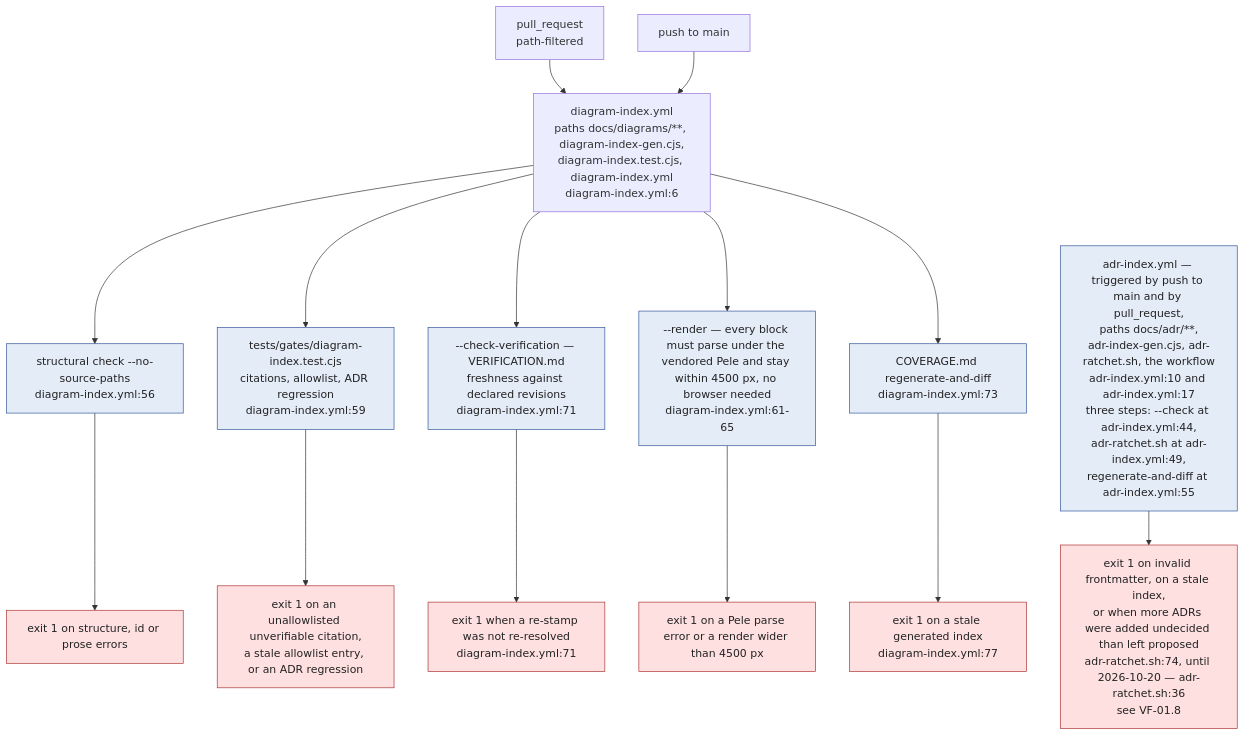
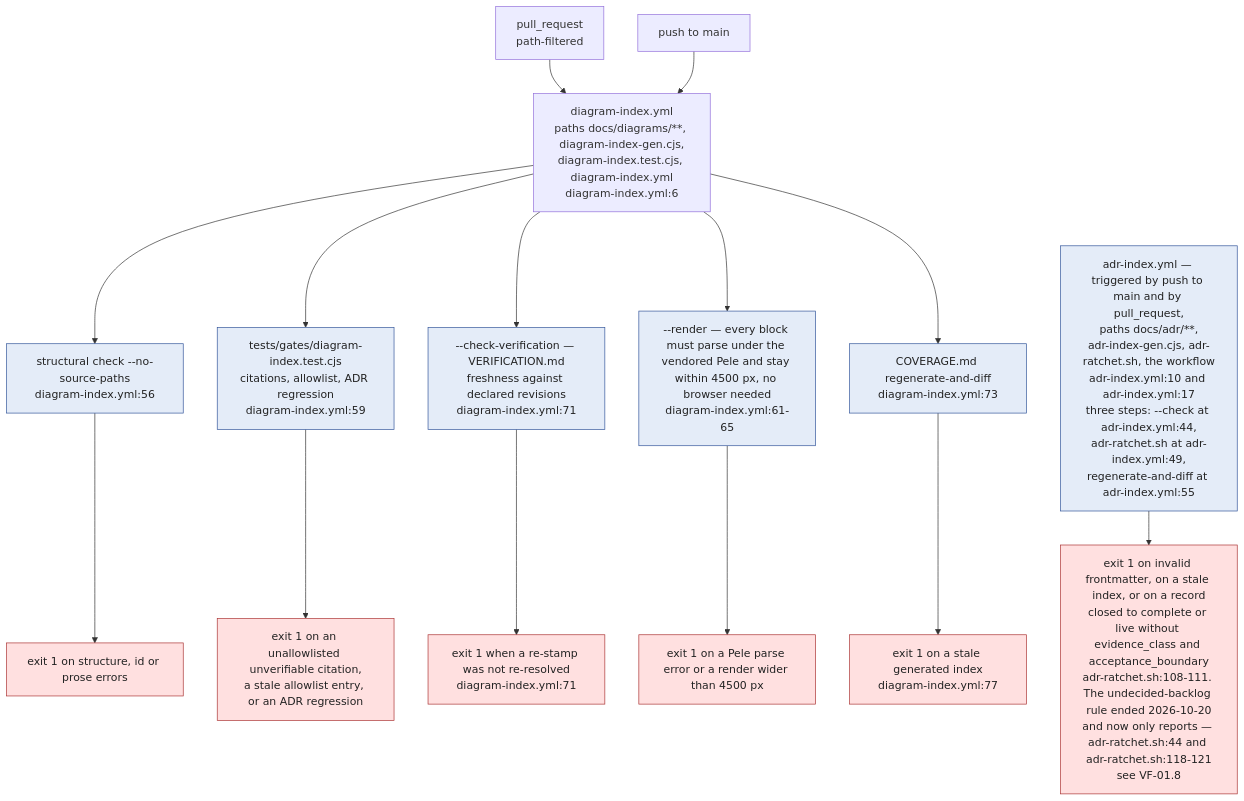
One commit to DreamLab-AI/VisionFlow changed diagram 13 of 13 in docs/diagrams/visionflow/05-governance-gates.md. Above: the diagram before and after it, drawn with Mermaid. The commit also changed other lines of this file and 91 other files, not shown here.

````diff
--- a/docs/diagrams/visionflow/05-governance-gates.md
+++ b/docs/diagrams/visionflow/05-governance-gates.md
@@ -569,24 +582,24 @@
 ```mermaid
 flowchart TB
     classDef block fill:#ffe0e0,stroke:#aa3333,color:#222
     classDef tool fill:#e4ecf8,stroke:#33559a,color:#222
 
     PR["pull_request<br/>path-filtered"]
     PUSHMAIN["push to main"]
     PR --> WDIAG["diagram-index.yml<br/>paths docs/diagrams/**, diagram-index-gen.cjs,<br/>diagram-index.test.cjs, diagram-index.yml<br/>diagram-index.yml:6"]
     PUSHMAIN --> WDIAG
     WDIAG --> SDIAG1["structural check --no-source-paths<br/>diagram-index.yml:56"]:::tool
     WDIAG --> SDIAG2["tests/gates/diagram-index.test.cjs<br/>citations, allowlist, ADR regression<br/>diagram-index.yml:59"]:::tool
     WDIAG --> SDIAG3["--check-verification — VERIFICATION.md<br/>freshness against declared revisions<br/>diagram-index.yml:71"]:::tool
     WDIAG --> SDIAG5["--render — every block must parse under the vendored Pele and stay within 4500 px, no browser needed<br/>diagram-index.yml:61-65"]:::tool
     WDIAG --> SDIAG4["COVERAGE.md regenerate-and-diff<br/>diagram-index.yml:73"]:::tool
     SDIAG1 --> VDIAG1["exit 1 on structure, id or prose errors"]:::block
     SDIAG2 --> VDIAG2["exit 1 on an unallowlisted unverifiable citation,<br/>a stale allowlist entry, or an ADR regression"]:::block
     SDIAG3 --> VDIAG3["exit 1 when a re-stamp was not re-resolved<br/>diagram-index.yml:71"]:::block
     SDIAG5 --> VDIAG5["exit 1 on a Pele parse error or a render wider than 4500 px"]:::block
     SDIAG4 --> VDIAG4["exit 1 on a stale generated index<br/>diagram-index.yml:77"]:::block
 
     WDIAG ~~~ WADR["adr-index.yml — triggered by push to main and by pull_request,<br/>paths docs/adr/**,<br/>adr-index-gen.cjs, adr-ratchet.sh, the workflow<br/>adr-index.yml:10 and adr-index.yml:17<br/>three steps: --check at adr-index.yml:44,<br/>adr-ratchet.sh at adr-index.yml:49,<br/>regenerate-and-diff at adr-index.yml:55"]:::tool
-    WADR --> VADR["exit 1 on invalid frontmatter, on a stale index,<br/>or when more ADRs were added undecided than left proposed<br/>adr-ratchet.sh:74, until 2026-10-20 — adr-ratchet.sh:36<br/>see VF-01.8"]:::block
+    WADR --> VADR["exit 1 on invalid frontmatter, on a stale index, or on a record<br/>closed to complete or live without evidence_class and acceptance_boundary<br/>adr-ratchet.sh:108-111. The undecided-backlog rule ended 2026-10-20<br/>and now only reports — adr-ratchet.sh:44 and adr-ratchet.sh:118-121<br/>see VF-01.8"]:::block
 
 ```
````
